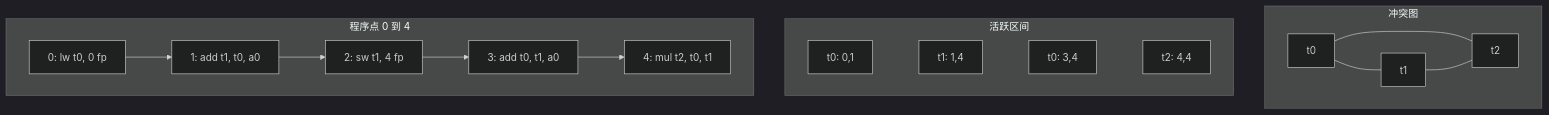
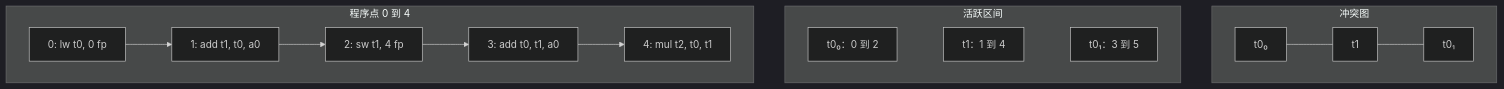
Before and after one commit to lightsmilew/compiler-principles: the diagram in docs/optim/asm-liveness.md, drawn with Mermaid (dark theme). The commit also changed other lines of this file and 32 other files, not shown here.

Commit message:
docs: unify assessment flow and submission guidance

````diff
--- a/docs/optim/asm-liveness.md
+++ b/docs/optim/asm-liveness.md
@@ -110,22 +111,18 @@
 ```mermaid
-%% 说明：Mermaid 会把并列的子图从右向左摆放，这里先写"冲突图"、
-%% 再写"活跃区间"、最后写"程序点"，渲染出来才是 程序点 → 活跃区间 → 冲突图
-%% 的自然阅读顺序。活跃区间之间用不可见连线（~~~）竖排，避免该栏横向拉长。
+%% 每个值版本使用独立节点，避免把同名寄存器的两段区间误合并。
 flowchart TB
   subgraph 冲突图
-    A[t0] --- B[t1]
-    A --- C[t2]
-    B --- C
+    A[t0₀] --- B[t1]
+    B --- C[t0₁]
   end
   subgraph 活跃区间
-    R0[t0: 0,1] ~~~ R1[t1: 1,4]
-    R1 ~~~ R2[t0: 3,4]
-    R2 ~~~ R3[t2: 4,4]
+    R0["t0₀：0 到 2"] ~~~ R1["t1：1 到 4"]
+    R1 ~~~ R2["t0₁：3 到 5"]
   end
   subgraph 程序点 0 到 4
     P0[0: lw t0, 0 fp] --> P1[1: add t1, t0, a0]
     P1 --> P2[2: sw t1, 4 fp]
     P2 --> P3[3: add t0, t1, a0]
     P3 --> P4[4: mul t2, t0, t1]
   end
 ```
````
